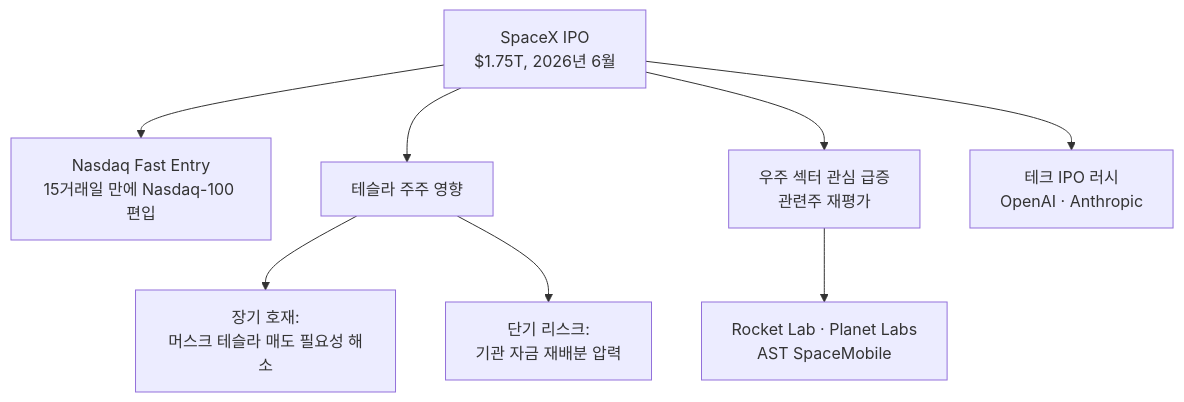
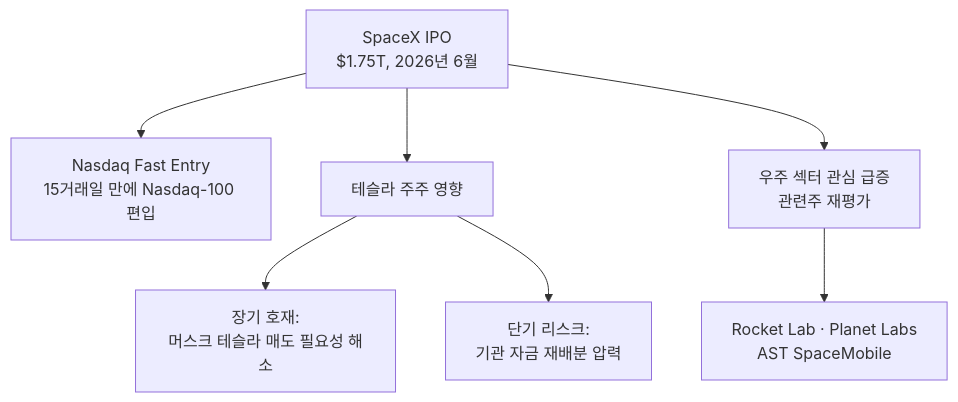
One commit to dss99911/dss99911.github.io changed the fifth of 7 diagrams in _posts/knowledge/invest/2026-03-07-defense-space-sector-outlook-2026.md. Above: the diagram before and after it, drawn with Mermaid. The commit also changed other lines of this file and 2 other files, not shown here.

````diff
--- a/_posts/knowledge/invest/2026-03-07-defense-space-sector-outlook-2026.md
+++ b/_posts/knowledge/invest/2026-03-07-defense-space-sector-outlook-2026.md
@@ -249,13 +250,11 @@
 ```mermaid
 graph TD
     A["SpaceX IPO<br/>$1.75T, 2026년 6월"] --> B["Nasdaq Fast Entry<br/>15거래일 만에 Nasdaq-100 편입"]
     A --> C["테슬라 주주 영향"]
 
     C --> D["장기 호재&colon;<br/>머스크 테슬라 매도 필요성 해소"]
     C --> E["단기 리스크&colon;<br/>기관 자금 재배분 압력"]
 
     A --> F["우주 섹터 관심 급증<br/>관련주 재평가"]
     F --> G["Rocket Lab · Planet Labs<br/>AST SpaceMobile"]
-
-    A --> H["테크 IPO 러시<br/>OpenAI · Anthropic"]
 ```
````
